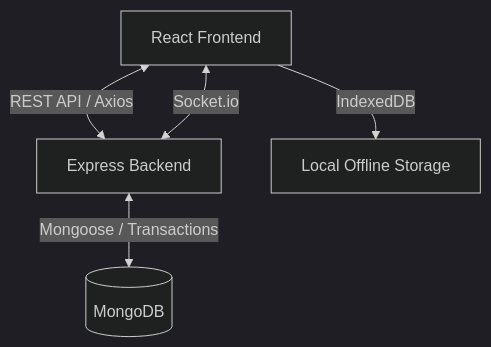
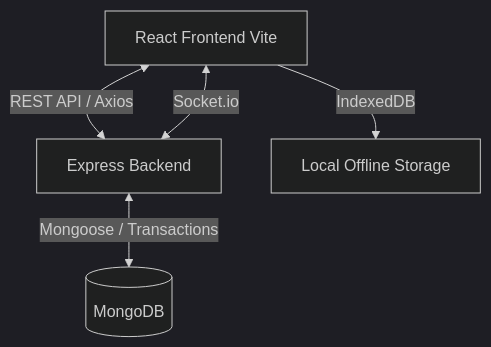
Before and after one commit to MohamedBadawy-24/call-center-system: the diagram in PROJECT_CONTEXT.md, drawn with Mermaid (dark theme). The commit also changed other lines of this file and 10 other files, not shown here.

````diff
--- a/PROJECT_CONTEXT.md
+++ b/PROJECT_CONTEXT.md
@@ -65,7 +69,7 @@
 ```mermaid
 graph TD
-    A[React Frontend] <-->|REST API / Axios| B[Express Backend]
+    A[React Frontend Vite] <-->|REST API / Axios| B[Express Backend]
     A <-->|Socket.io| B
     A -->|IndexedDB| C[Local Offline Storage]
     B <-->|Mongoose / Transactions| D[(MongoDB)]
 ```
````
